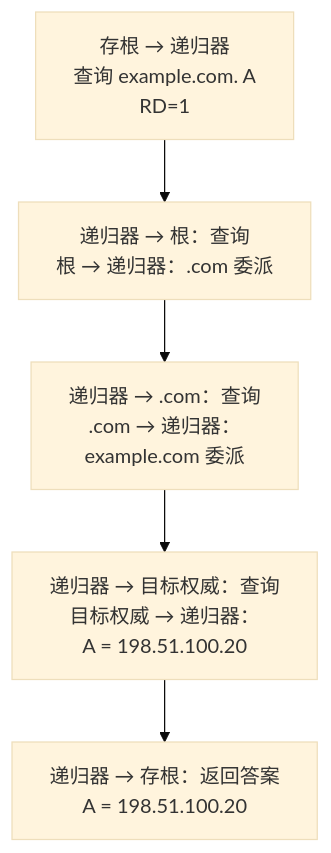
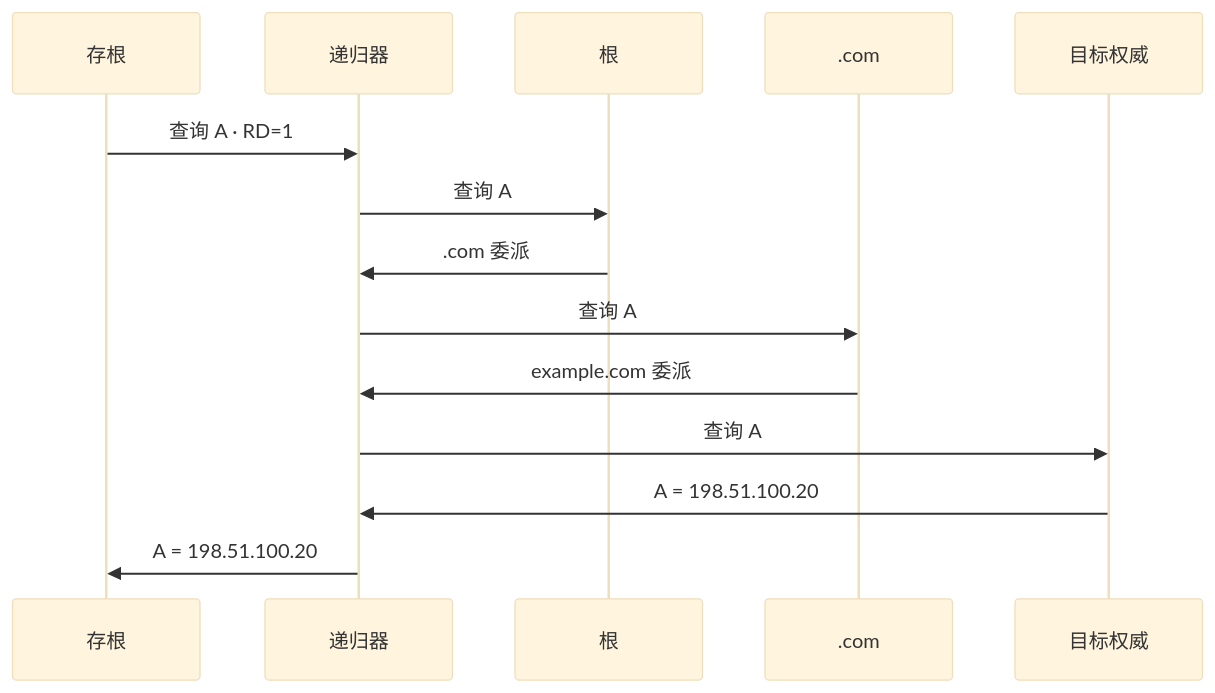
The first of 2 diagrams in content/posts/networking/dns-resolution-caching-encrypted-queries.md (fordelkon/delkon.us.kg), drawn with Mermaid (base theme) before and after one commit. The commit also changed other lines of this file and 7 other files, not shown here.

Commit message:
docs: improve networking diagrams and protocol comparisons

````diff
--- a/content/posts/networking/dns-resolution-caching-encrypted-queries.md
+++ b/content/posts/networking/dns-resolution-caching-encrypted-queries.md
@@ -47,9 +47,16 @@
-```mermaid title="一次未命中缓存的 DNS 查询" description="框间箭头表示处理顺序；框内箭头表示报文从谁发到谁。存根请求递归服务；递归器分别询问根、.com 和目标权威，前两站返回委派而非最终地址。此例每轮均查询 example.com. 的 A 记录，省略查询名最小化、别名、失败和地址补查。缓存命中时可跳过相应步骤。"
-flowchart TB
- start["存根 → 递归器<br/>查询 example.com. A<br/>RD=1"]
- root["递归器 → 根：查询<br/>根 → 递归器：.com 委派"]
- tld["递归器 → .com：查询<br/>.com → 递归器：<br/>example.com 委派"]
- auth["递归器 → 目标权威：查询<br/>目标权威 → 递归器：<br/>A = 198.51.100.20"]
- answer["递归器 → 存根：返回答案<br/>A = 198.51.100.20"]
- start --> root --> tld --> auth --> answer
+```mermaid title="一次未命中缓存的 DNS 查询" description="从上到下读。存根请求递归服务，递归器分别询问根、.com 与目标权威。前两站返回委派，这些服务器之间没有转发存根的查询。本例每次都查询 example.com. 的 A 记录，省略缓存、查询名最小化、别名、失败和地址补查。"
+sequenceDiagram
+ participant S as 存根
+ participant R as 递归器
+ participant Root as 根
+ participant TLD as .com
+ participant Auth as 目标权威
+ S->>R: 查询 A · RD=1
+ R->>Root: 查询 A
+ Root->>R: .com 委派
+ R->>TLD: 查询 A
+ TLD->>R: example.com 委派
+ R->>Auth: 查询 A
+ Auth->>R: A = 198.51.100.20
+ R->>S: A = 198.51.100.20
 ```
````
